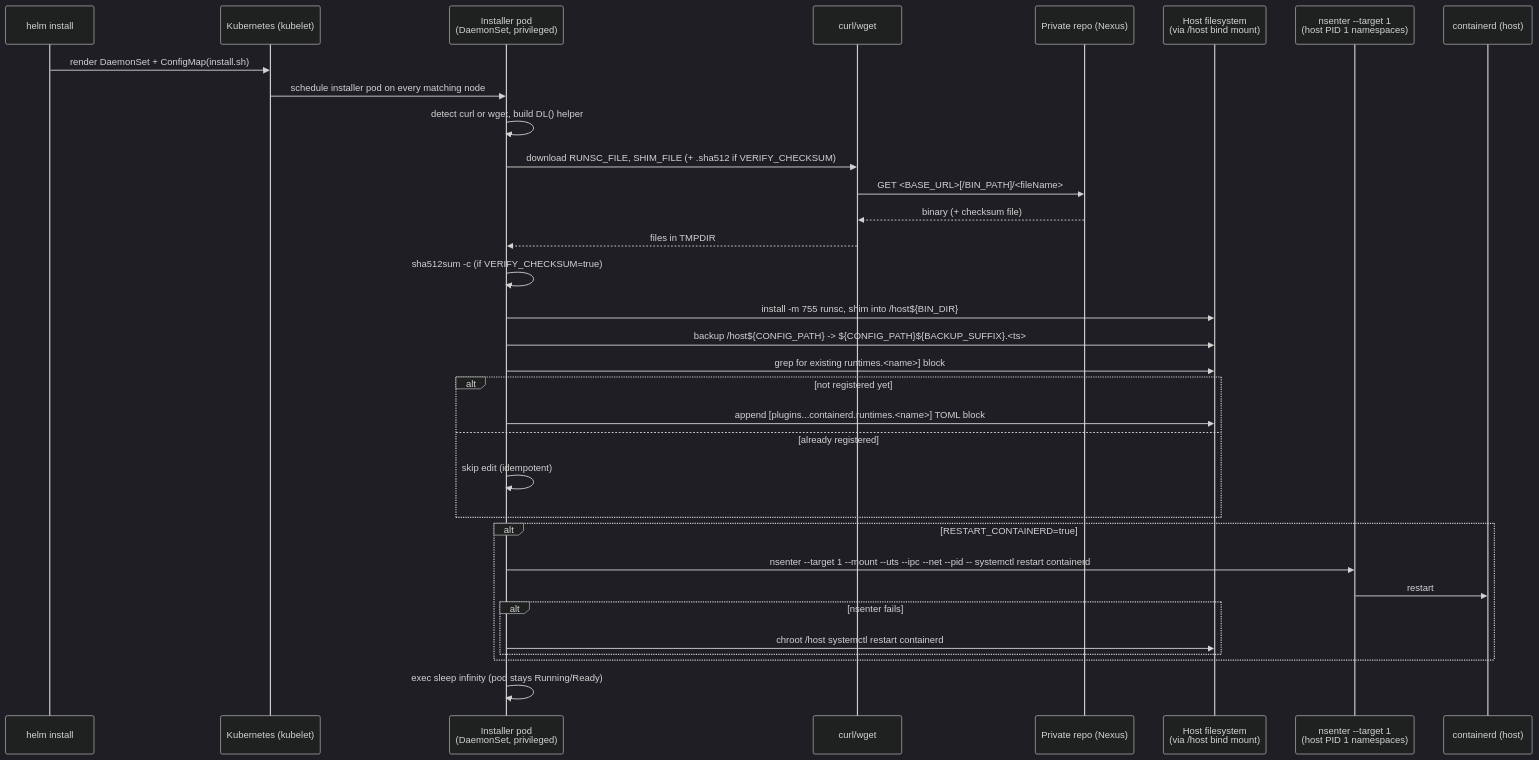
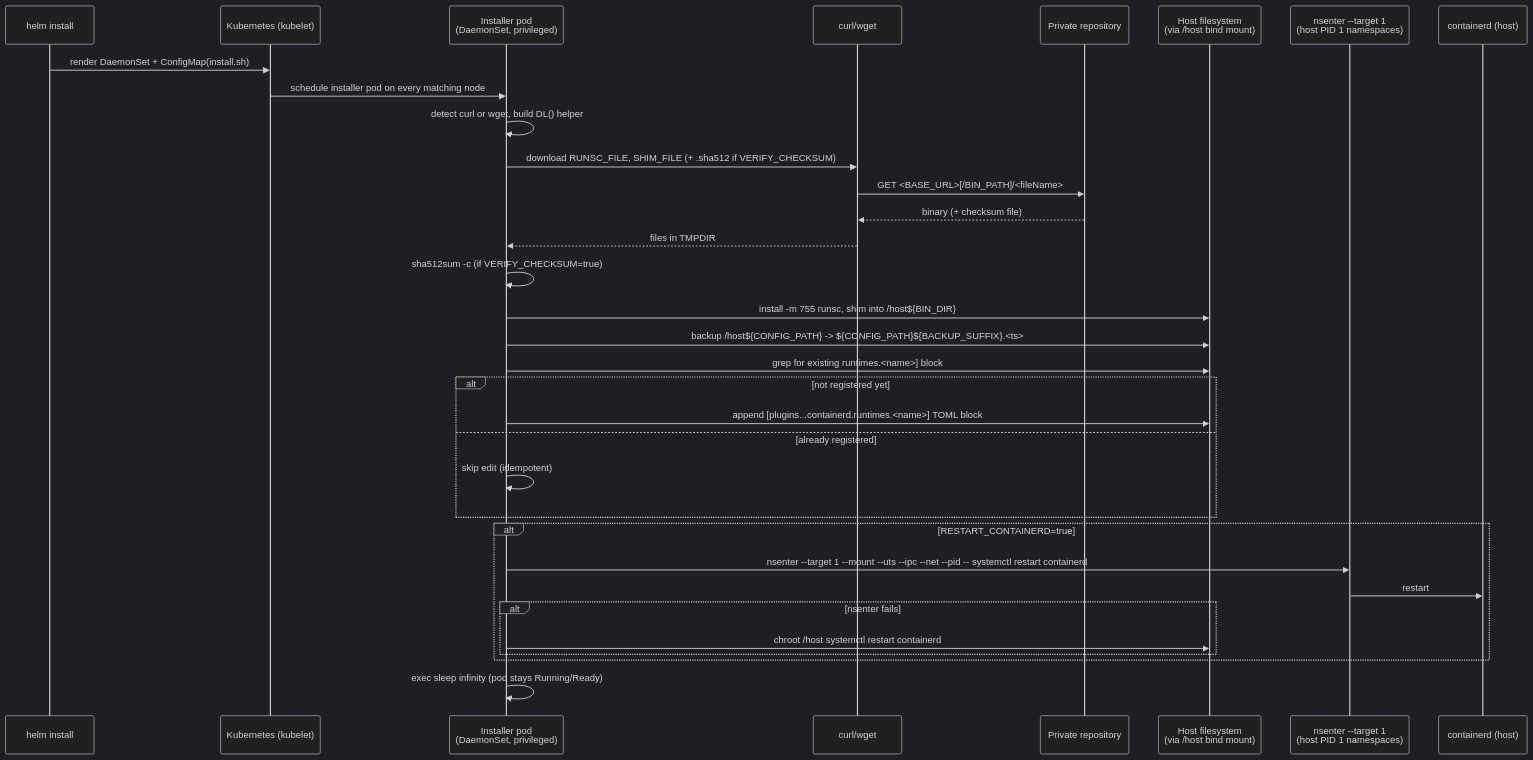
One commit to auggie246/gvisor-helm-chart changed the first of 2 diagrams in docs/install-flow.md. Above: the diagram before and after it, drawn with Mermaid (dark theme). The commit also changed other lines of this file and 8 other files, not shown here.

````diff
--- a/docs/install-flow.md
+++ b/docs/install-flow.md
@@ -15,36 +15,36 @@
 ```mermaid
 sequenceDiagram
     participant U as helm install
     participant K as Kubernetes (kubelet)
     participant P as Installer pod<br/>(DaemonSet, privileged)
     participant DL as curl/wget
-    participant NX as Private repo (Nexus)
+    participant PR as Private repository
     participant H as Host filesystem<br/>(via /host bind mount)
     participant NS as nsenter --target 1<br/>(host PID 1 namespaces)
     participant CD as containerd (host)
 
     U->>K: render DaemonSet + ConfigMap(install.sh)
     K->>P: schedule installer pod on every matching node
     P->>P: detect curl or wget, build DL() helper
     P->>DL: download RUNSC_FILE, SHIM_FILE (+ .sha512 if VERIFY_CHECKSUM)
-    DL->>NX: GET <BASE_URL>[/BIN_PATH]/<fileName>
-    NX-->>DL: binary (+ checksum file)
+    DL->>PR: GET <BASE_URL>[/BIN_PATH]/<fileName>
+    PR-->>DL: binary (+ checksum file)
     DL-->>P: files in TMPDIR
     P->>P: sha512sum -c (if VERIFY_CHECKSUM=true)
     P->>H: install -m 755 runsc, shim into /host${BIN_DIR}
     P->>H: backup /host${CONFIG_PATH} -> ${CONFIG_PATH}${BACKUP_SUFFIX}.<ts>
     P->>H: grep for existing runtimes.<name>] block
     alt not registered yet
         P->>H: append [plugins...containerd.runtimes.<name>] TOML block
     else already registered
         P->>P: skip edit (idempotent)
     end
     alt RESTART_CONTAINERD=true
         P->>NS: nsenter --target 1 --mount --uts --ipc --net --pid -- systemctl restart containerd
         NS->>CD: restart
         alt nsenter fails
             P->>H: chroot /host systemctl restart containerd
         end
     end
     P->>P: exec sleep infinity (pod stays Running/Ready)
 ```
````
